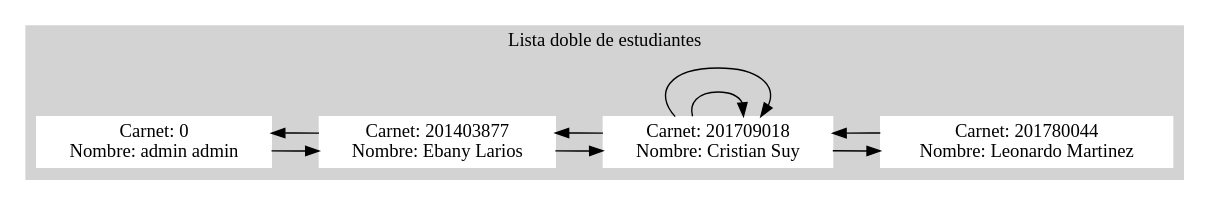
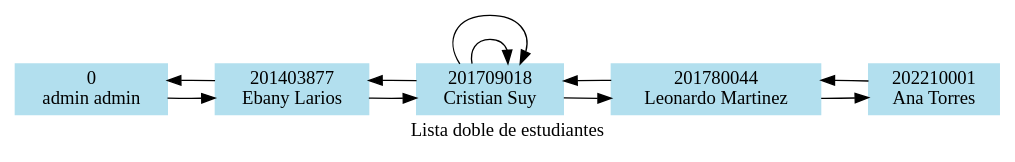
One commit to JonatanGonzalez0/EDD_1S2023_PY_201900570 changed the diagram in EDD_Projecto1_FASE1/Reportes/ListaDobleEstudiantes.dot. Above: the diagram before and after it, drawn with Graphviz. The commit also changed 3 other files, not shown here.

```diff
--- a/EDD_Projecto1_FASE1/Reportes/ListaDobleEstudiantes.dot
+++ b/EDD_Projecto1_FASE1/Reportes/ListaDobleEstudiantes.dot
@@ -1,24 +1,23 @@
 digraph G {
 rankdir=LR;
 node [shape=record];
-rankdir=LR;
-subgraph cluster_0 {
-style=filled;
-color=lightgrey;
-node [style=filled,color=white];
+node [color=lightblue2, style=filled];
+edge [color=black];
 label = "Lista doble de estudiantes";
-node0 [label = "Carnet: 0\nNombre: admin admin"];
-node201403877 [label = "Carnet: 201403877\nNombre: Ebany Larios"];
-node201709018 [label = "Carnet: 201709018\nNombre: Cristian Suy"];
-node201709018 [label = "Carnet: 201709018\nNombre: Cristian Suy"];
-node201780044 [label = "Carnet: 201780044\nNombre: Leonardo Martinez"];
-node0 -> node201403877;
-node201403877 -> node201709018;
-node201403877 -> node0;
-node201709018 -> node201709018;
-node201709018 -> node201403877;
-node201709018 -> node201780044;
-node201709018 -> node201709018;
-node201780044 -> node201709018;
+0[label="0\n admin admin"];
+201403877[label="201403877\n Ebany Larios"];
+201709018[label="201709018\n Cristian Suy"];
+201709018[label="201709018\n Cristian Suy"];
+201780044[label="201780044\n Leonardo Martinez"];
+202210001[label="202210001\n Ana Torres"];
+0->201403877;
+201403877->201709018;
+201403877->0;
+201709018->201709018;
+201709018->201403877;
+201709018->201780044;
+201709018->201709018;
+201780044->202210001;
+201780044->201709018;
+202210001->201780044;
 }
-}
```
